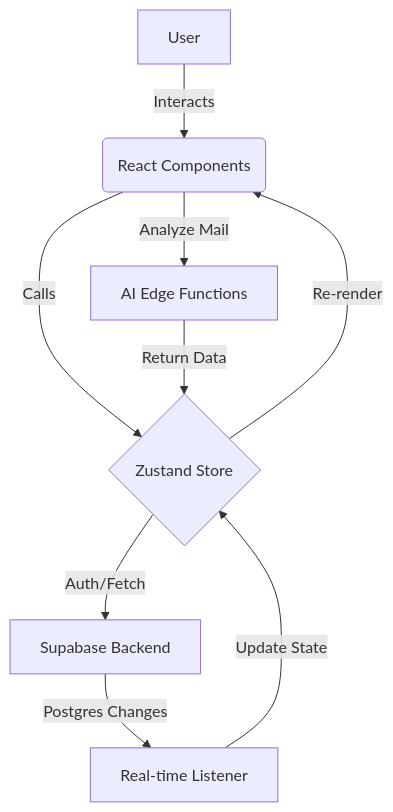
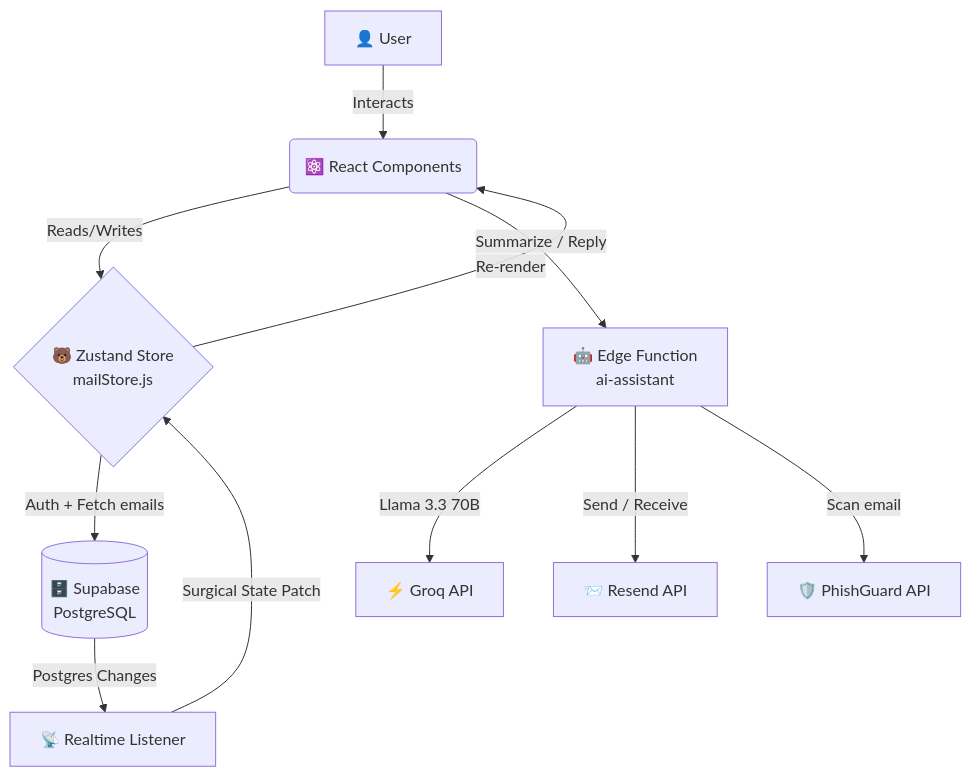
The diagram in README.md (Rajveerx11/smart-mail-ui), drawn with Mermaid before and after one commit. The commit also changed other lines of this file and 3 other files, not shown here.

Commit message:
docs: overhaul README with project architecture, tech stack, and structure details while adding configuration files for Supabase and project contributions.

````diff
--- a/README.md
+++ b/README.md
@@ -18,11 +114,13 @@
 ```mermaid
 graph TD
-    A[User] -->|Interacts| B(React Components)
-    B -->|Calls| C{Zustand Store}
-    C -->|Auth/Fetch| D[Supabase Backend]
-    D -->|Postgres Changes| E[Real-time Listener]
-    E -->|Update State| C
+    A[👤 User] -->|Interacts| B(⚛️ React Components)
+    B -->|Reads/Writes| C{🐻 Zustand Store\nmailStore.js}
+    C -->|Auth + Fetch emails| D[(🗄️ Supabase\nPostgreSQL)]
+    D -->|Postgres Changes| E[📡 Realtime Listener]
+    E -->|Surgical State Patch| C
     C -->|Re-render| B
-    B -->|Analyze Mail| F[AI Edge Functions]
-    F -->|Return Data| C
+    B -->|Summarize / Reply| F[🤖 Edge Function\nai-assistant]
+    F -->|Llama 3.3 70B| G[⚡ Groq API]
+    F -->|Send / Receive| H[📨 Resend API]
+    F -->|Scan email| I[🛡️ PhishGuard API]
 ```
````
